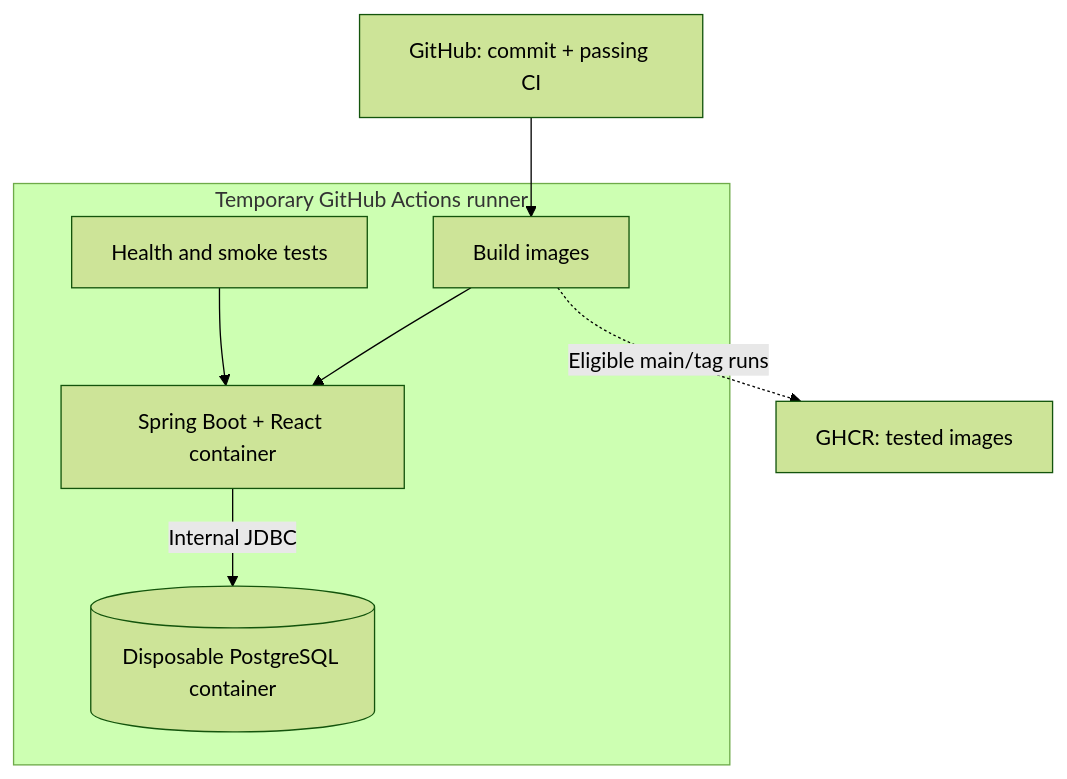
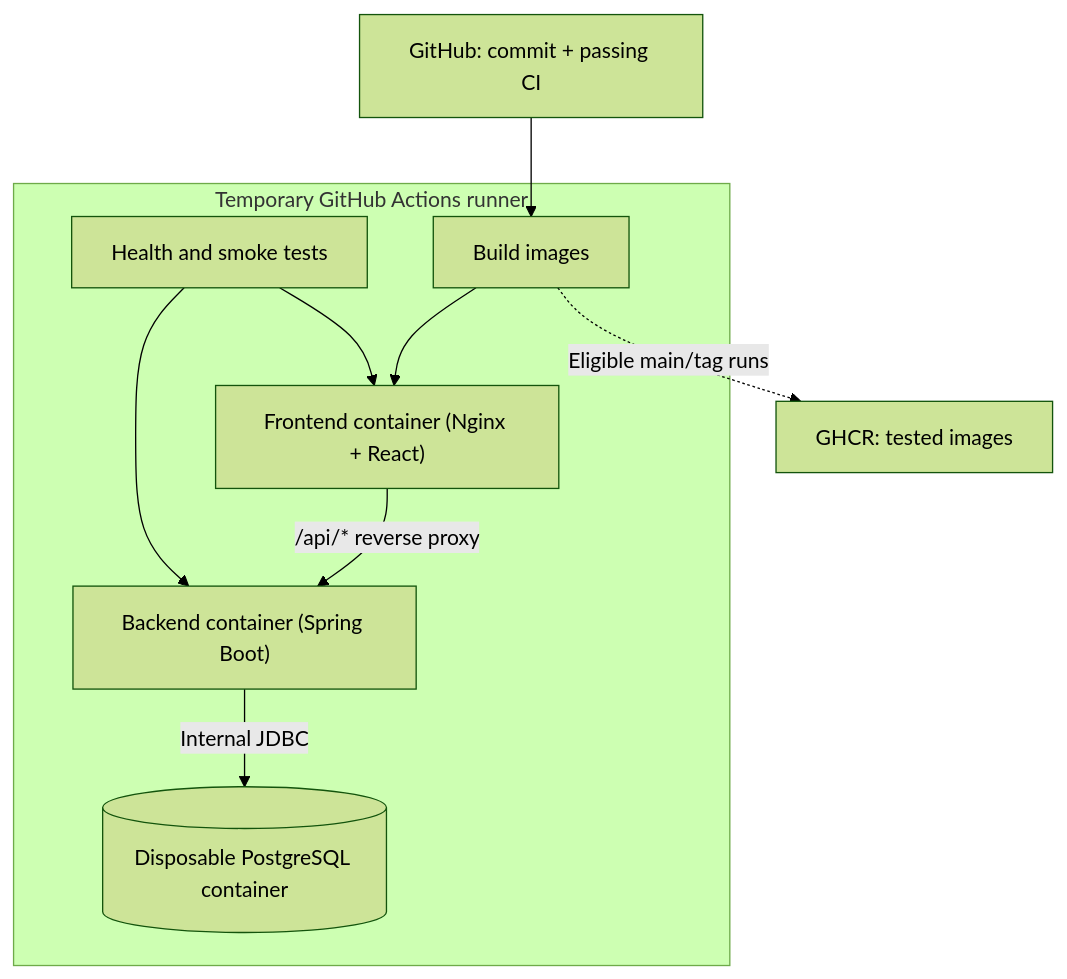
One commit to chanitnan0jr/TU_ClubHub_CS261 changed the seventh of 7 diagrams in docs/architecture/system-architecture.md. Above: the diagram before and after it, drawn with Mermaid (forest theme). The commit also changed other lines of this file and 11 other files, not shown here.

First line of the commit message:
build(compose): make 3-container stack default

````diff
--- a/docs/architecture/system-architecture.md
+++ b/docs/architecture/system-architecture.md
@@ -363,10 +363,12 @@
 ```mermaid
 flowchart TB
   git["GitHub: commit + passing CI"] --> build["Build images"]
   subgraph runner["Temporary GitHub Actions runner"]
-    build --> app["Spring Boot + React container"]
-    app -->|"Internal JDBC"| db[("Disposable PostgreSQL container")]
-    smoke["Health and smoke tests"] --> app
+    build --> web["Frontend container (Nginx + React)"]
+    web -->|"/api/* reverse proxy"| api["Backend container (Spring Boot)"]
+    api -->|"Internal JDBC"| db[("Disposable PostgreSQL container")]
+    smoke["Health and smoke tests"] --> web
+    smoke --> api
   end
   build -.->|"Eligible main/tag runs"| registry["GHCR: tested images"]
 ```
````
